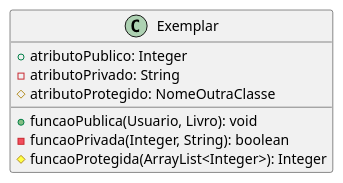
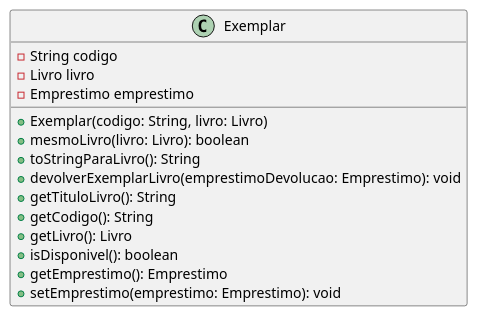
One commit to angelofelipe/library-system-OOP changed the diagram in diagrama de classes/src puml/src/geral/Exemplar.puml. Above: the diagram before and after it, drawn with PlantUML. The commit also changed 7 other files, not shown here.

Commit message:
edita diagrama na pasta geral

```diff
--- a/diagrama de classes/src puml/src/geral/Exemplar.puml
+++ b/diagrama de classes/src puml/src/geral/Exemplar.puml
@@ -1,13 +1,19 @@
 @startuml
 
 class Exemplar {
-    + atributoPublico: Integer
-    - atributoPrivado: String
-    # atributoProtegido: NomeOutraClasse
-
-    + funcaoPublica(Usuario, Livro): void
-    - funcaoPrivada(Integer, String): boolean
-    # funcaoProtegida(ArrayList<Integer>): Integer
+    -String codigo
+    -Livro livro
+    -Emprestimo emprestimo
+    +Exemplar(codigo: String, livro: Livro)
+    +mesmoLivro(livro: Livro): boolean
+    +toStringParaLivro(): String
+    +devolverExemplarLivro(emprestimoDevolucao: Emprestimo): void
+    +getTituloLivro(): String
+    +getCodigo(): String
+    +getLivro(): Livro
+    +isDisponivel(): boolean
+    +getEmprestimo(): Emprestimo
+    +setEmprestimo(emprestimo: Emprestimo): void
 }
 
 @enduml
```
